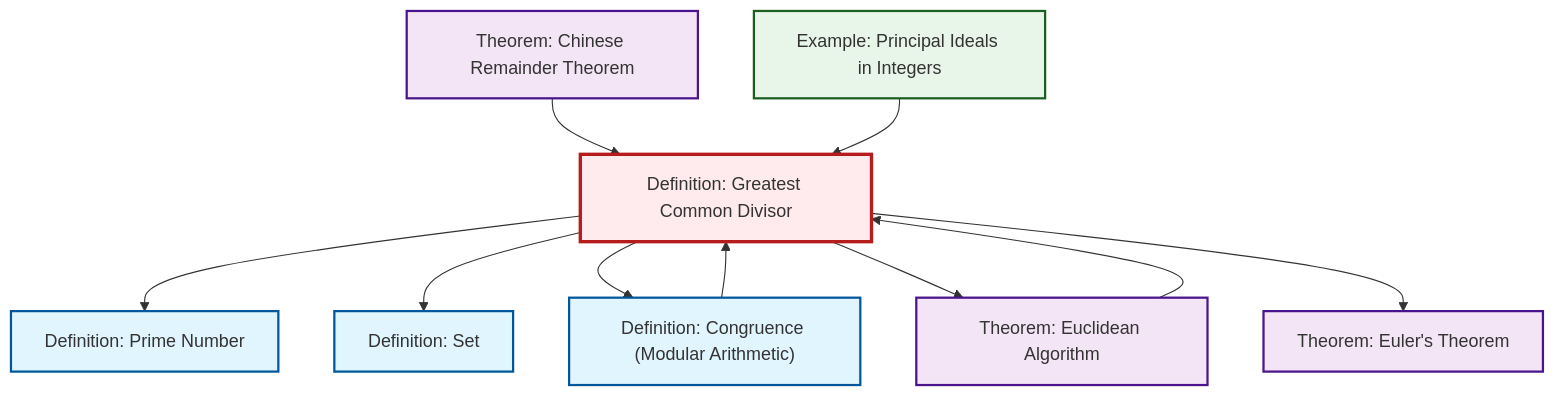
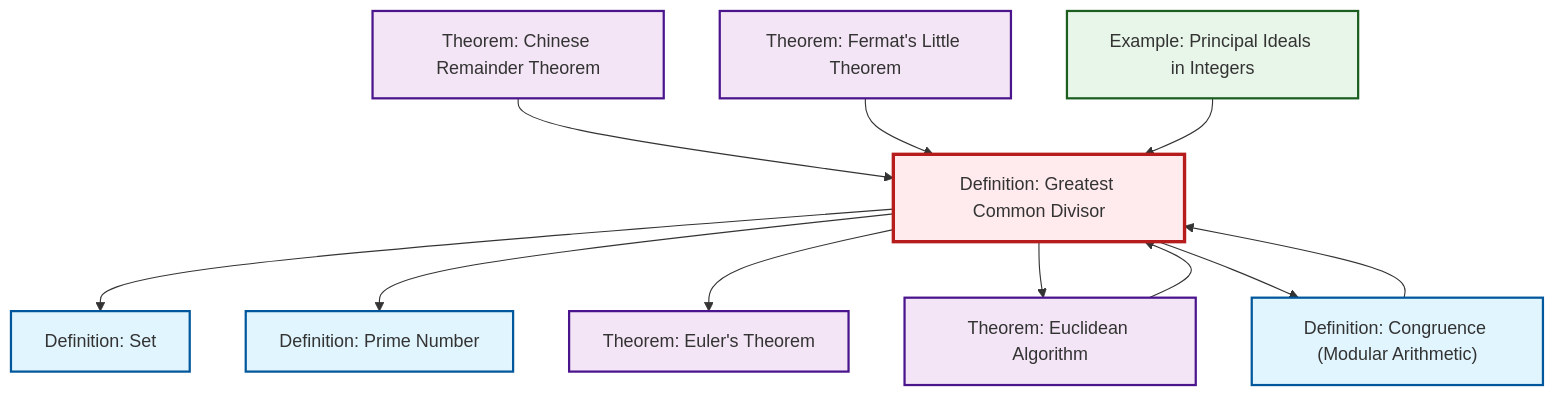
One commit to RK0429/ModernMath changed the second of 2 diagrams in content/ja/number-theory/def-gcd.qmd. Above: the diagram before and after it, drawn with Mermaid. The commit also changed 360 other files, not shown here.

````diff
--- a/content/ja/number-theory/def-gcd.qmd
+++ b/content/ja/number-theory/def-gcd.qmd
@@ -85,34 +85,37 @@
 ```{mermaid}
 %%| fig-cap: "Local dependency graph"
 graph TD
     classDef definition fill:#e1f5fe,stroke:#01579b,stroke-width:2px
     classDef theorem fill:#f3e5f5,stroke:#4a148c,stroke-width:2px
     classDef axiom fill:#fff3e0,stroke:#e65100,stroke-width:2px
     classDef example fill:#e8f5e9,stroke:#1b5e20,stroke-width:2px
     classDef current fill:#ffebee,stroke:#b71c1c,stroke-width:3px
+    thm-fermat-little["Theorem: Fermat's Little Theorem"]:::theorem
+    thm-euler["Theorem: Euler's Theorem"]:::theorem
+    thm-chinese-remainder["Theorem: Chinese Remainder Theorem"]:::theorem
+    ex-principal-ideal["Example: Principal Ideals in Integers"]:::example
+    def-congruence["Definition: Congruence (Modular Arithmetic)"]:::definition
+    def-prime["Definition: Prime Number"]:::definition
+    def-set["Definition: Set"]:::definition
+    thm-euclidean-algorithm["Theorem: Euclidean Algorithm"]:::theorem
     def-gcd["Definition: Greatest Common Divisor"]:::definition
-    thm-euler["Theorem: Euler's Theorem"]:::theorem
-    thm-euclidean-algorithm["Theorem: Euclidean Algorithm"]:::theorem
-    ex-principal-ideal["Example: Principal Ideals in Integers"]:::example
-    def-prime["Definition: Prime Number"]:::definition
-    thm-chinese-remainder["Theorem: Chinese Remainder Theorem"]:::theorem
-    def-set["Definition: Set"]:::definition
-    def-congruence["Definition: Congruence (Modular Arithmetic)"]:::definition
+    thm-euclidean-algorithm --> def-gcd
+    thm-chinese-remainder --> def-gcd
+    def-gcd --> def-set
     def-gcd --> def-prime
-    thm-chinese-remainder --> def-gcd
-    thm-euclidean-algorithm --> def-gcd
+    thm-fermat-little --> def-gcd
+    def-gcd --> thm-euler
+    def-congruence --> def-gcd
     ex-principal-ideal --> def-gcd
-    def-gcd --> def-set
-    def-congruence --> def-gcd
+    def-gcd --> thm-euclidean-algorithm
     def-gcd --> def-congruence
-    def-gcd --> thm-euclidean-algorithm
-    def-gcd --> thm-euler
     class def-gcd current
+    click thm-fermat-little "thm-fermat-little.html" "Theorem: Fermat's Little Theoremへ"
     click thm-euler "thm-euler.html" "Theorem: Euler's Theoremへ"
+    click thm-chinese-remainder "thm-chinese-remainder.html" "Theorem: Chinese Remainder Theoremへ"
+    click ex-principal-ideal "ex-principal-ideal.html" "Example: Principal Ideals in Integersへ"
+    click def-congruence "def-congruence.html" "Definition: Congruence (Modular Arithmetic)へ"
+    click def-prime "def-prime.html" "Definition: Prime Numberへ"
+    click def-set "def-set.html" "Definition: Setへ"
     click thm-euclidean-algorithm "thm-euclidean-algorithm.html" "Theorem: Euclidean Algorithmへ"
-    click ex-principal-ideal "ex-principal-ideal.html" "Example: Principal Ideals in Integersへ"
-    click def-prime "def-prime.html" "Definition: Prime Numberへ"
-    click thm-chinese-remainder "thm-chinese-remainder.html" "Theorem: Chinese Remainder Theoremへ"
-    click def-set "def-set.html" "Definition: Setへ"
-    click def-congruence "def-congruence.html" "Definition: Congruence (Modular Arithmetic)へ"
 ```
````
